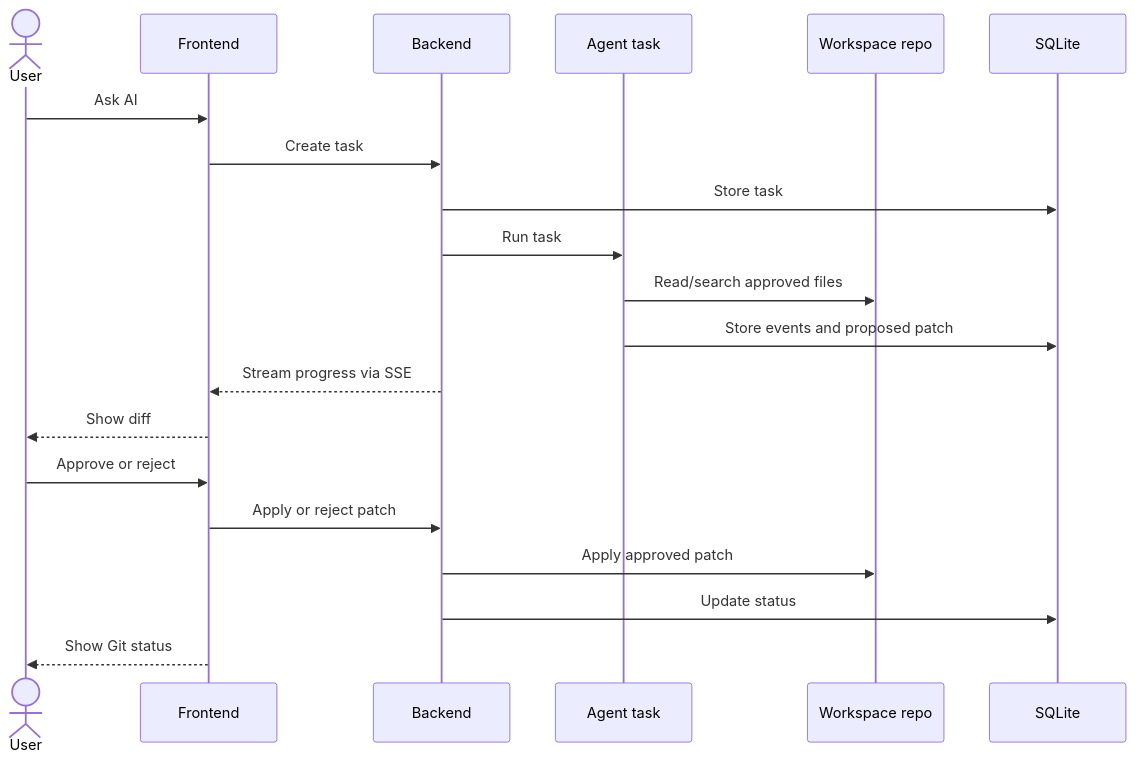
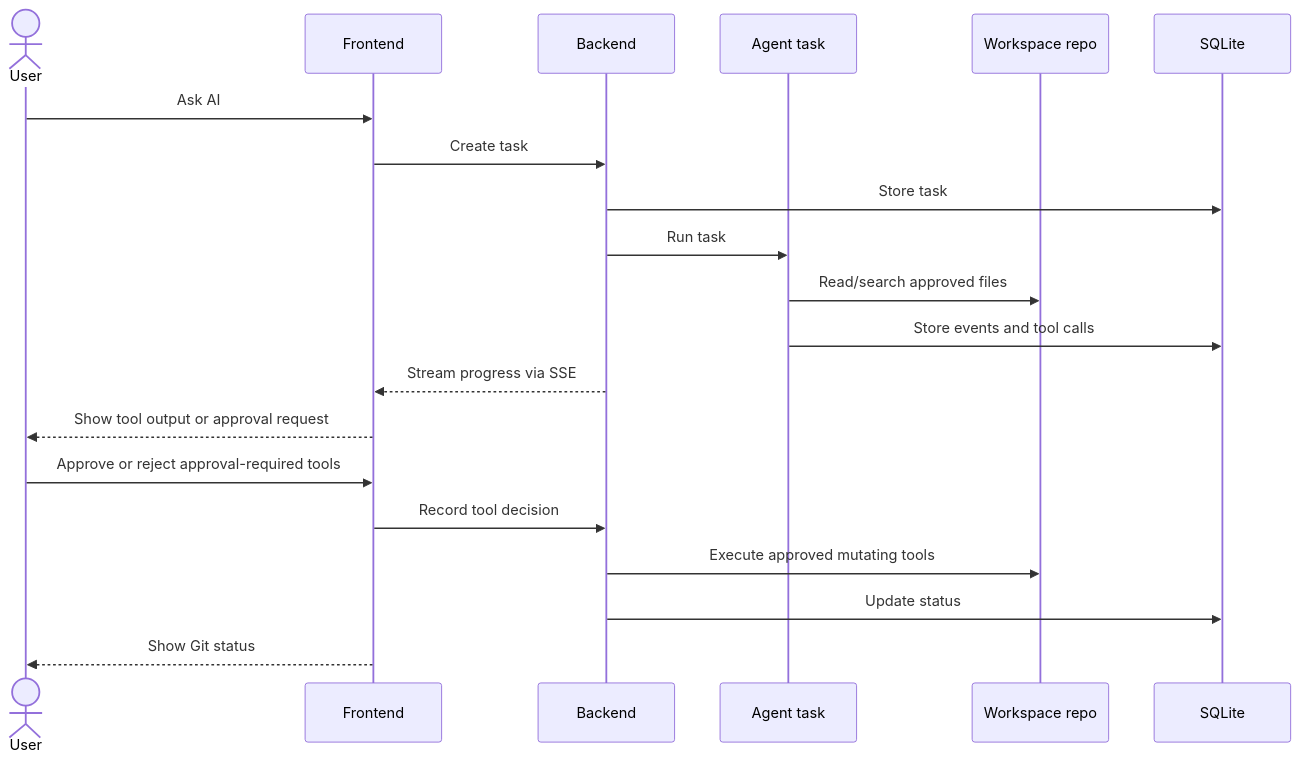
One commit to phamtanminhtien/patchpilot changed the fifth of 5 diagrams in docs/app-architecture.md. Above: the diagram before and after it, drawn with Mermaid. The commit also changed other lines of this file and 21 other files, not shown here.

Commit message:
refactor: transition agent to a stateful tool execution model with centralized tool policy management

````diff
--- a/docs/app-architecture.md
+++ b/docs/app-architecture.md
@@ -144,23 +144,23 @@
 ```mermaid
 sequenceDiagram
   actor User
   participant FE as Frontend
   participant BE as Backend
   participant Agent as Agent task
   participant Repo as Workspace repo
   participant DB as SQLite
 
   User->>FE: Ask AI
   FE->>BE: Create task
   BE->>DB: Store task
   BE->>Agent: Run task
   Agent->>Repo: Read/search approved files
-  Agent->>DB: Store events and proposed patch
+  Agent->>DB: Store events and tool calls
   BE-->>FE: Stream progress via SSE
-  FE-->>User: Show diff
-  User->>FE: Approve or reject
-  FE->>BE: Apply or reject patch
-  BE->>Repo: Apply approved patch
+  FE-->>User: Show tool output or approval request
+  User->>FE: Approve or reject approval-required tools
+  FE->>BE: Record tool decision
+  BE->>Repo: Execute approved mutating tools
   BE->>DB: Update status
   FE-->>User: Show Git status
 ```
````
